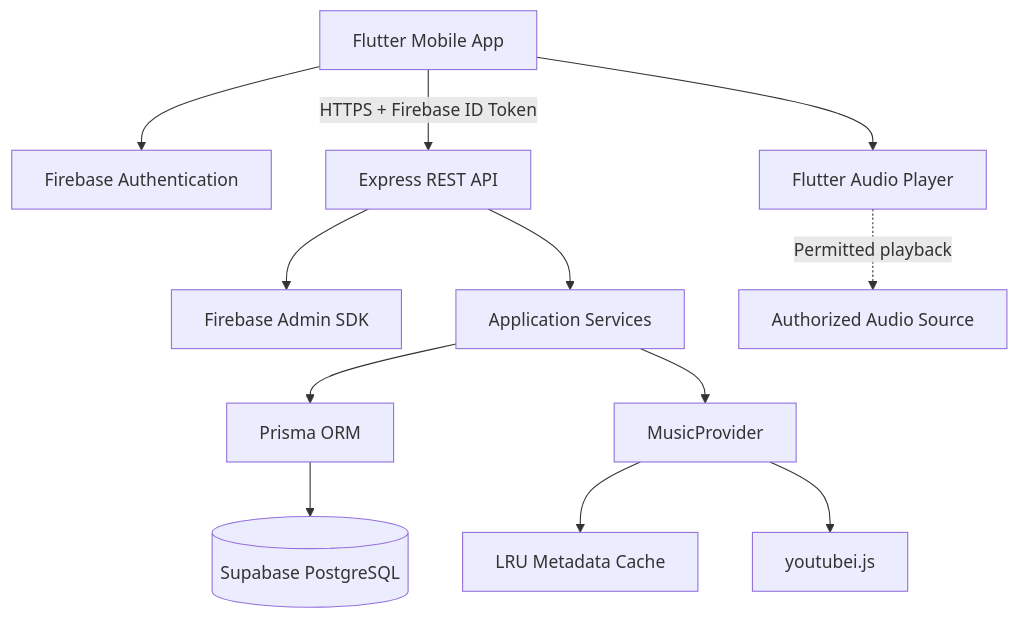
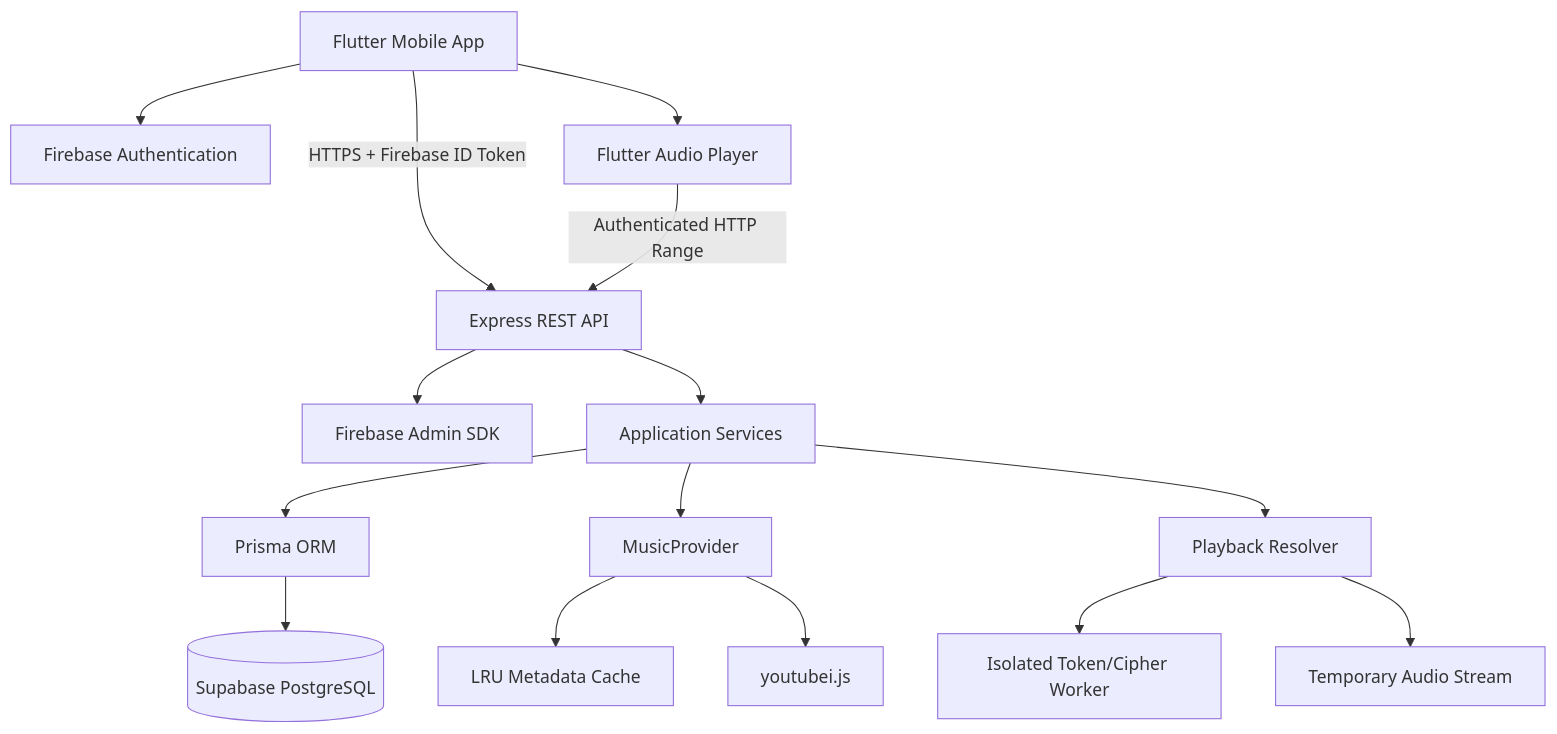
Before and after one commit to MarckDL/Mysic_App: the first of 2 diagrams in docs/01-arquitectura.md, drawn with Mermaid. The commit also changed other lines of this file and 6 other files, not shown here.

Commit message:
docs(playback): plan complete stream resolution

````diff
--- a/docs/01-arquitectura.md
+++ b/docs/01-arquitectura.md
@@ -52,27 +52,32 @@
 ```mermaid
 flowchart TD
     Flutter["Flutter Mobile App"]
     Firebase["Firebase Authentication"]
     API["Express REST API"]
     Admin["Firebase Admin SDK"]
     Services["Application Services"]
     Prisma["Prisma ORM"]
     DB[("Supabase PostgreSQL")]
     Provider["MusicProvider"]
     YouTube["youtubei.js"]
     Cache["LRU Metadata Cache"]
     Player["Flutter Audio Player"]
-    Audio["Authorized Audio Source"]
+    Resolver["Playback Resolver"]
+    TokenWorker["Isolated Token/Cipher Worker"]
+    Audio["Temporary Audio Stream"]
 
     Flutter --> Firebase
     Flutter -->|"HTTPS + Firebase ID Token"| API
     API --> Admin
     API --> Services
     Services --> Prisma
     Prisma --> DB
     Services --> Provider
     Provider --> Cache
     Provider --> YouTube
+    Services --> Resolver
+    Resolver --> TokenWorker
+    Resolver --> Audio
     Flutter --> Player
-    Player -.->|"Permitted playback"| Audio
+    Player -->|"Authenticated HTTP Range"| API
 ```
````
